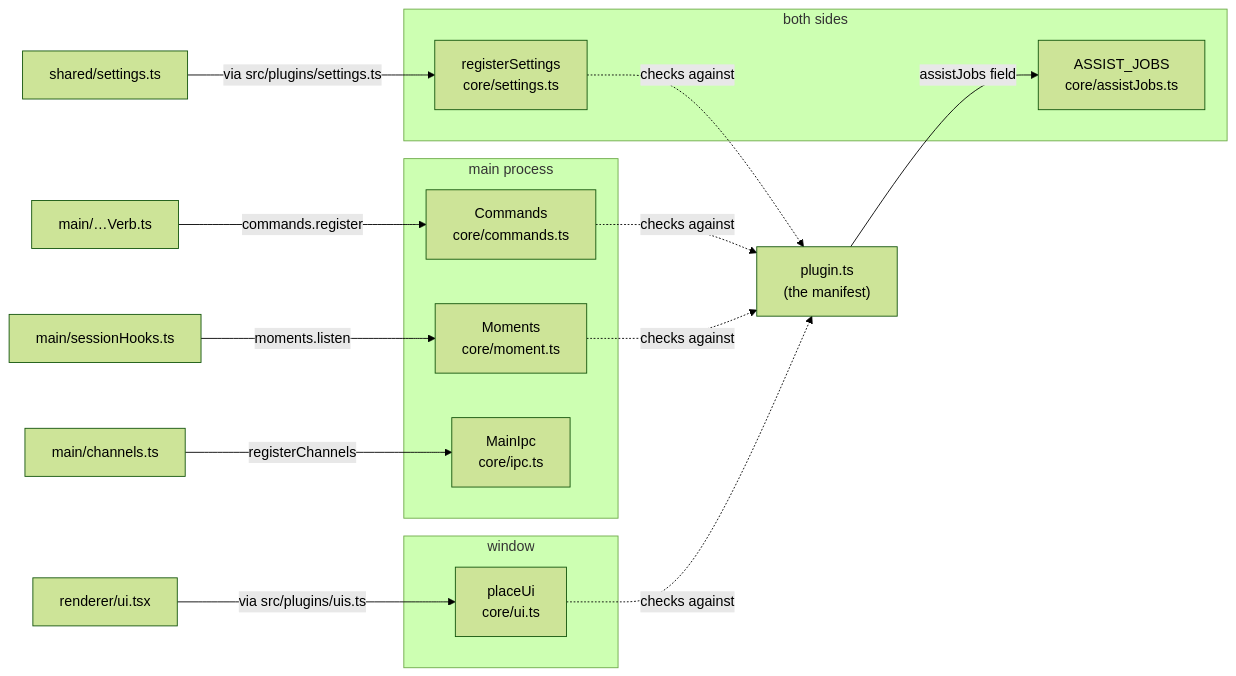
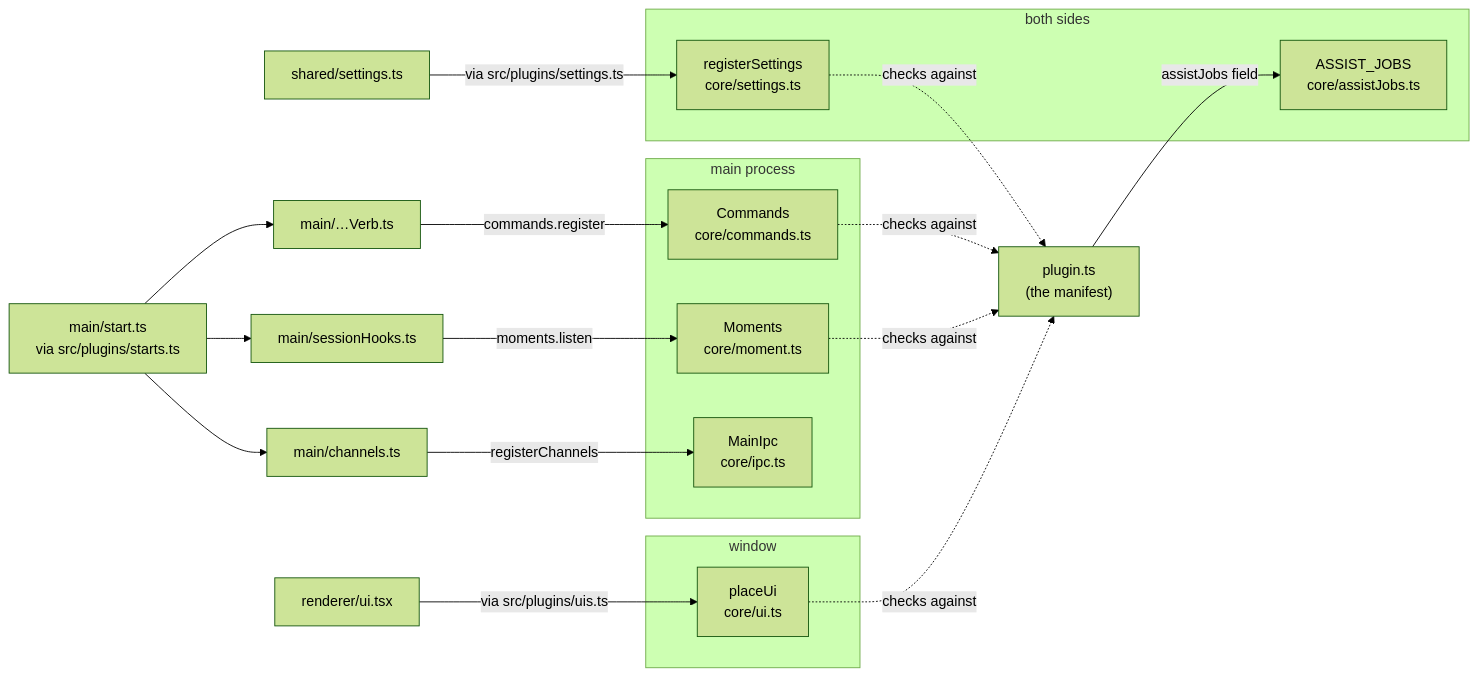
Before and after one commit to superkoh/koloft: the second of 2 diagrams in docs/plugin-format.md, drawn with Mermaid (forest theme). The commit also changed other lines of this file and 20 other files, not shown here.

Commit message:
refactor(plugins): each plugin's main-process registrations go through one start function, started from a list

````diff
--- a/docs/plugin-format.md
+++ b/docs/plugin-format.md
@@ -290,26 +297,27 @@
 ```mermaid
 flowchart LR
   manifest["plugin.ts<br/>(the manifest)"]
   subgraph main["main process"]
     commands["Commands<br/>core/commands.ts"]
     moments["Moments<br/>core/moment.ts"]
     ipcMain["MainIpc<br/>core/ipc.ts"]
   end
   subgraph shared["both sides"]
     settingsReg["registerSettings<br/>core/settings.ts"]
     jobs["ASSIST_JOBS<br/>core/assistJobs.ts"]
   end
   subgraph win["window"]
     placeUi["placeUi<br/>core/ui.ts"]
   end
+  start["main/start.ts<br/>via src/plugins/starts.ts"] --> verb & hooks & channels
   verb["main/…Verb.ts"] -->|commands.register| commands
   hooks["main/sessionHooks.ts"] -->|moments.listen| moments
   channels["main/channels.ts"] -->|registerChannels| ipcMain
   setfile["shared/settings.ts"] -->|via src/plugins/settings.ts| settingsReg
   uifile["renderer/ui.tsx"] -->|via src/plugins/uis.ts| placeUi
   manifest -->|assistJobs field| jobs
   commands -. checks against .-> manifest
   moments -. checks against .-> manifest
   settingsReg -. checks against .-> manifest
   placeUi -. checks against .-> manifest
 ```
````
